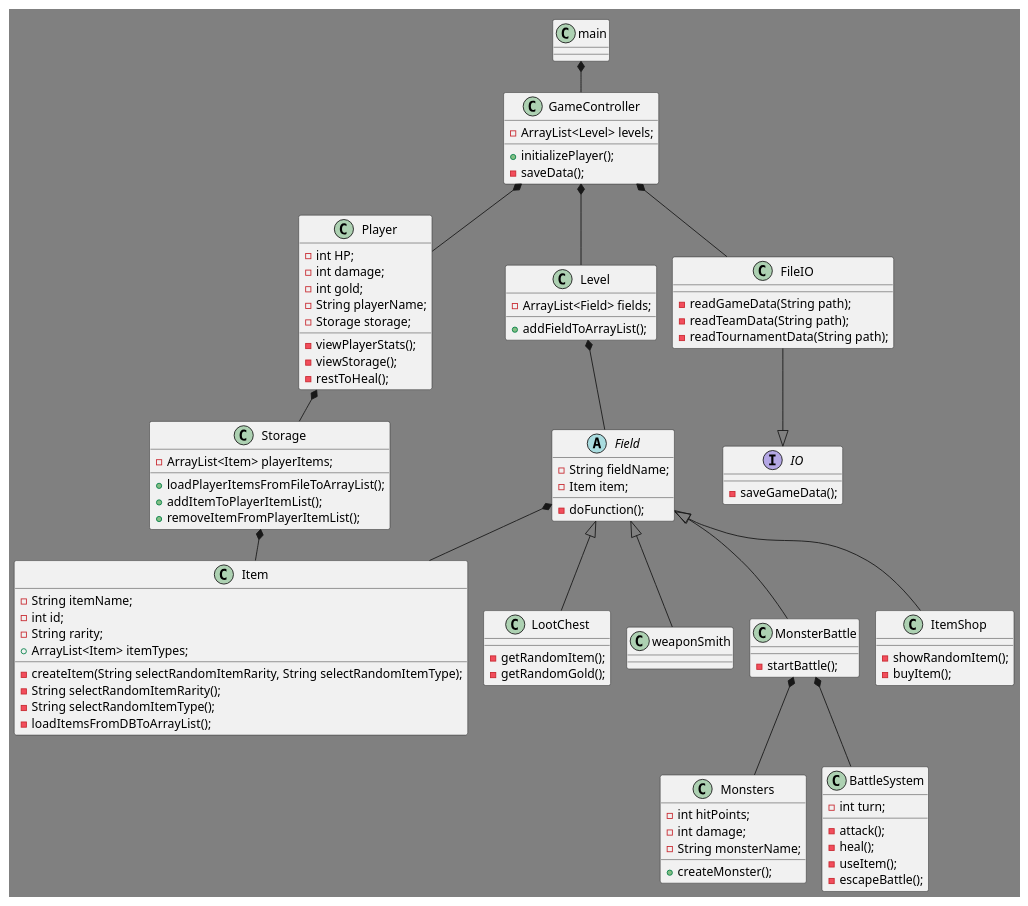
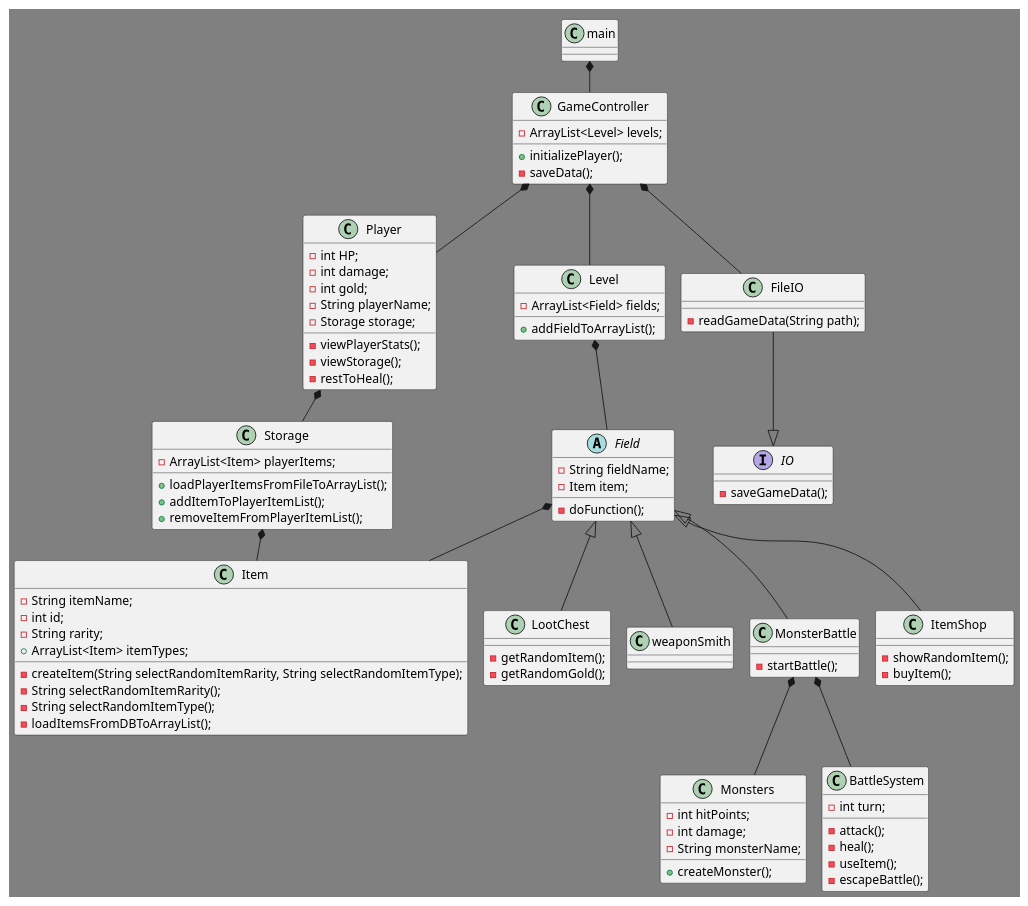
One commit to AbdullahMarwan/CPH-IceProject-DungeonCrawler changed the diagram in src/resources/uml-diagrams/Class Diagram.puml. Above: the diagram before and after it, drawn with PlantUML. The commit also changed 6 other files, not shown here.

```diff
--- a/src/resources/uml-diagrams/Class Diagram.puml
+++ b/src/resources/uml-diagrams/Class Diagram.puml
@@ -1,129 +1,127 @@
 @startuml
 'https://plantuml.com/class-diagram
 
 !pragma layout smetana
 
 
 skinparam backgroundColor gray
 
 class main {
 }
 
 class Player {
     - int HP;
     - int damage;
     - int gold;
     - String playerName;
     - Storage storage;
 
     - viewPlayerStats();
     - viewStorage();
     - restToHeal();
 }
 
 class Monsters {
     - int hitPoints;
     - int damage;
     - String monsterName;
 
     + createMonster();
 }
 
 class BattleSystem {
     - int turn;
 
     - attack();
     - heal();
     - useItem();
     - escapeBattle();
 }
 
 class GameController{
     - ArrayList<Level> levels;
     + initializePlayer();
     - saveData();
 
 }
 
 class Storage {
     - ArrayList<Item> playerItems;
 
     + loadPlayerItemsFromFileToArrayList();
     + addItemToPlayerItemList();
     + removeItemFromPlayerItemList();
 }
 
 class Level {
     - ArrayList<Field> fields;
 
     + addFieldToArrayList();
 }
 
 class Item {
     - String itemName;
     - int id;
     - String rarity;
     + ArrayList<Item> itemTypes;
 
     - createItem(String selectRandomItemRarity, String selectRandomItemType);
     - String selectRandomItemRarity();
     - String selectRandomItemType();
     - loadItemsFromDBToArrayList();
 }
 
 class LootChest {
     - getRandomItem();
     - getRandomGold();
 }
 
 abstract class Field {
     - String fieldName;
     - Item item;
 
     - doFunction();
 }
 
 class weaponSmith{
 }
 
 class MonsterBattle {
 
     - startBattle();
 }
 
 class ItemShop {
     - showRandomItem();
     - buyItem();
 }
 
 interface IO {
     - saveGameData();
 
 }
 
 class FileIO {
     - readGameData(String path);
-    - readTeamData(String path);
-    - readTournamentData(String path);
 }
 
 main *-- GameController
 GameController *-- Player
 GameController *-- Level
 Player *-- Storage
 Storage *-- Item
 Level *-- Field
 Field <|-- ItemShop
 Field <|-- LootChest
 Field <|-- weaponSmith
 Field <|-- MonsterBattle
 GameController *-- FileIO
 MonsterBattle *-- Monsters
 MonsterBattle *-- BattleSystem
 
 FileIO --|> IO
 'Spørg om pilen fra IO vender rigtigt'
 
 Field *-- Item
 
 @enduml
```
